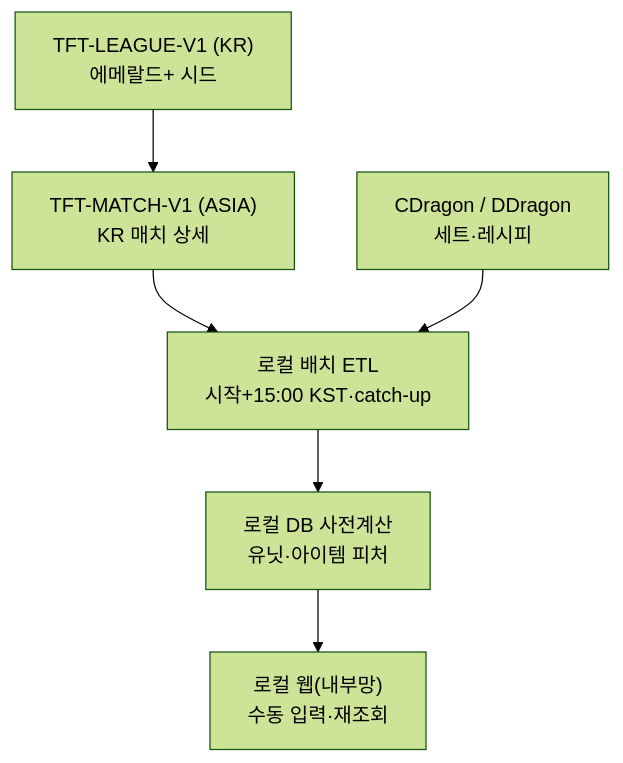
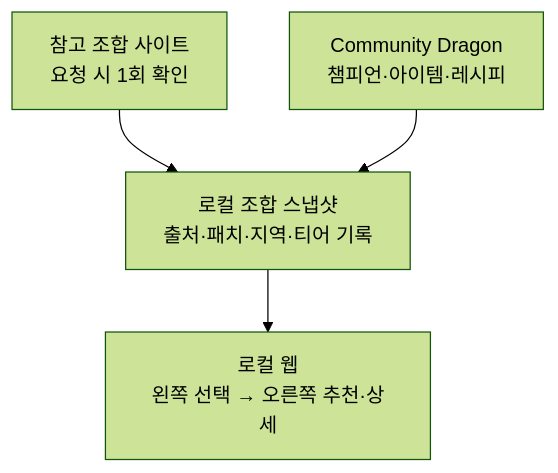
The diagram in PRD.md (geunsu-son/tft_newbie_helper), drawn with Mermaid (forest theme) before and after one commit. The commit also changed other lines of this file and 29 other files, not shown here.

````diff
--- a/PRD.md
+++ b/PRD.md
@@ -109,14 +109,10 @@
 ```mermaid
 flowchart TD
-  league["TFT-LEAGUE-V1 (KR)<br/>에메랄드+ 시드"]
-  match["TFT-MATCH-V1 (ASIA)<br/>KR 매치 상세"]
-  static["CDragon / DDragon<br/>세트·레시피"]
-  etl["로컬 배치 ETL<br/>시작+15:00 KST·catch-up"]
-  pre["로컬 DB 사전계산<br/>유닛·아이템 피처"]
-  ui["로컬 웹(내부망)<br/>수동 입력·재조회"]
-  league --> match
-  match --> etl
-  static --> etl
-  etl --> pre
-  pre --> ui
+  source["참고 조합 사이트<br/>요청 시 1회 확인"]
+  static["Community Dragon<br/>챔피언·아이템·레시피"]
+  snapshot["로컬 조합 스냅샷<br/>출처·패치·지역·티어 기록"]
+  ui["로컬 웹<br/>왼쪽 선택 → 오른쪽 추천·상세"]
+  source --> snapshot
+  static --> snapshot
+  snapshot --> ui
 ```
````
